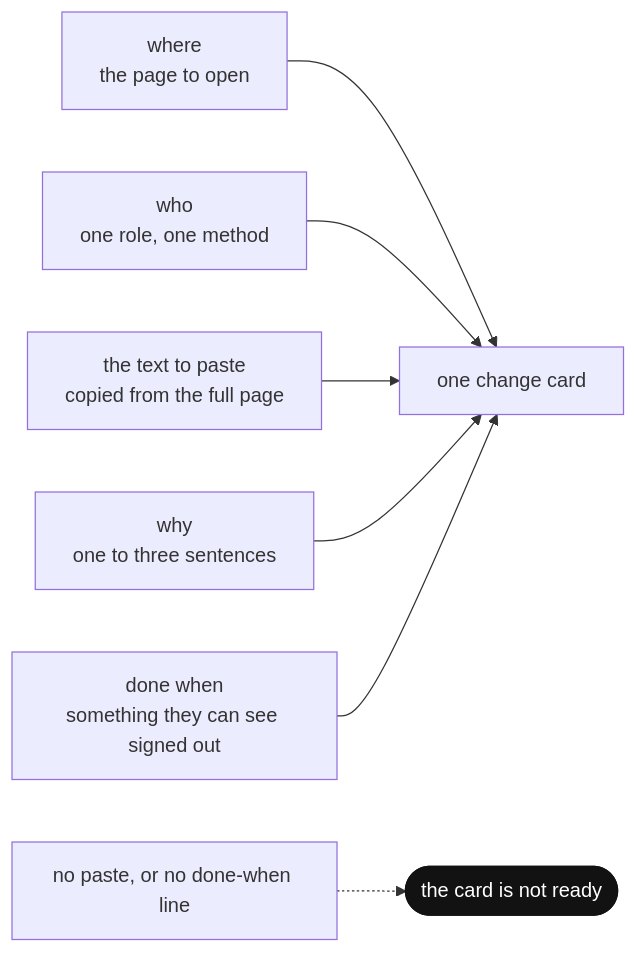
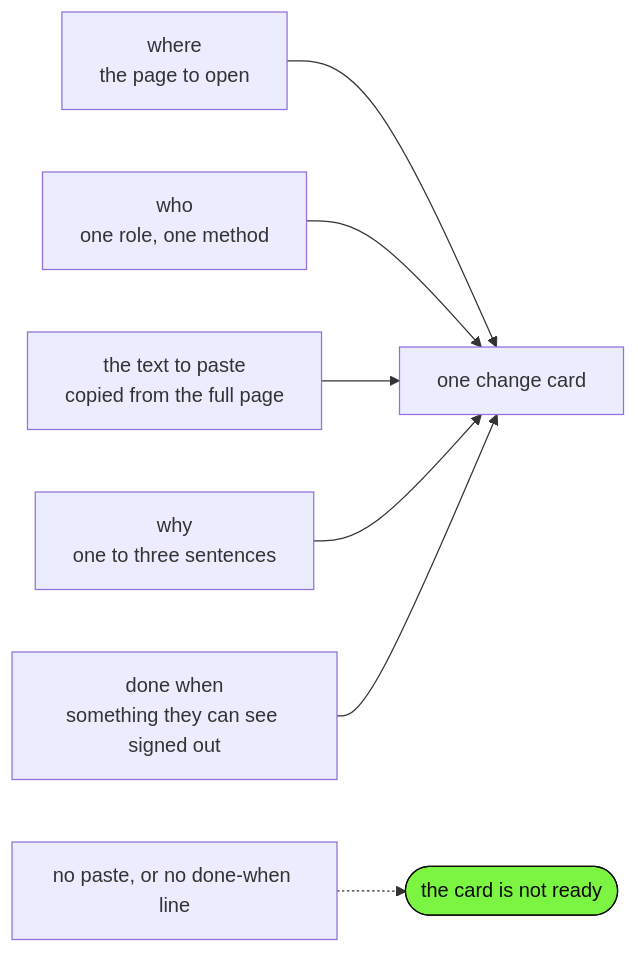
One commit to shashank-sn/workflows changed the diagram in presence/changes-page/figures/change-card.mmd. Above: the diagram before and after it, drawn with Mermaid. The commit also changed 63 other files, not shown here.

```diff
--- a/presence/changes-page/figures/change-card.mmd
+++ b/presence/changes-page/figures/change-card.mmd
@@ -1,10 +1,10 @@
 %% every change has the same parts, and a card missing one is not ready
 flowchart LR
   W["where<br/>the page to open"] --> K["one change card"]
   H["who<br/>one role, one method"] --> K
   P["the text to paste<br/>copied from the full page"] --> K
   Y["why<br/>one to three sentences"] --> K
   D["done when<br/>something they can see signed out"] --> K
   M["no paste, or no done-when line"] -.-> Z(["the card is not ready"])
-  classDef ink fill:#121212,color:#ffffff,stroke:#121212
-  class Z ink
+  classDef key fill:#7cf542,color:#0a0a0a,stroke:#0a0a0a
+  class Z key
```
